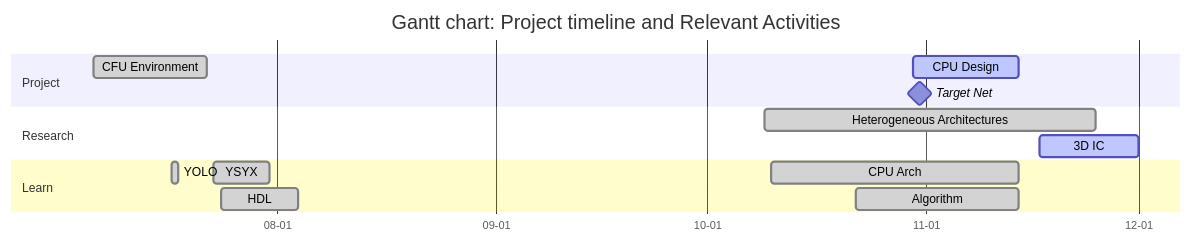
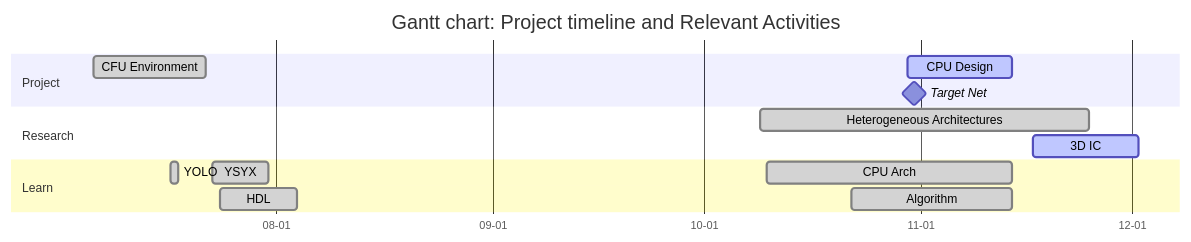
One commit to Marcobisky/Marcobisky.github.io changed the first of 2 diagrams in tinyml/index.qmd. Above: the diagram before and after it, drawn with Mermaid. The commit also changed 8 other files, not shown here.

````diff
--- a/tinyml/index.qmd
+++ b/tinyml/index.qmd
@@ -48,32 +48,32 @@
 ```{mermaid}
 ---
 displayMode: compact
 ---
 %%| label: fig-timeline
 %%| fig-cap: "Gantt Chart"
 %%| fig-width: 10
 %%| fig-height: 6
 
 gantt
     title Gantt chart: Project timeline and Relevant Activities
     dateFormat  YYYY-MM-DD
     axisFormat  %m-%d
     tickInterval 14d
 
     section Project
         CFU Environment :done, 2025-07-06, 2025-07-22
         Target Net :milestone, 2025-10-31, 0d
         CPU Design :active, 2025-10-30, 2025-11-14
 
     section Research
         Heterogeneous Architectures :done, 2025-10-09, 2025-11-25
-        3D IC :active, 2025-11-17, 2025-12-01
+        3D IC :active, 2025-11-17, 2025-12-02
 
     section Learn
         YSYX :done, 2025-07-23, 2025-07-31
         HDL :done, 2025-07-24, 2025-08-04
         YOLO :done, 2025-07-17, 1d
         CPU Arch :done, 2025-10-10, 2025-11-14
         Algorithm :done, 2025-10-22, 2025-11-14
 
 ```
````
